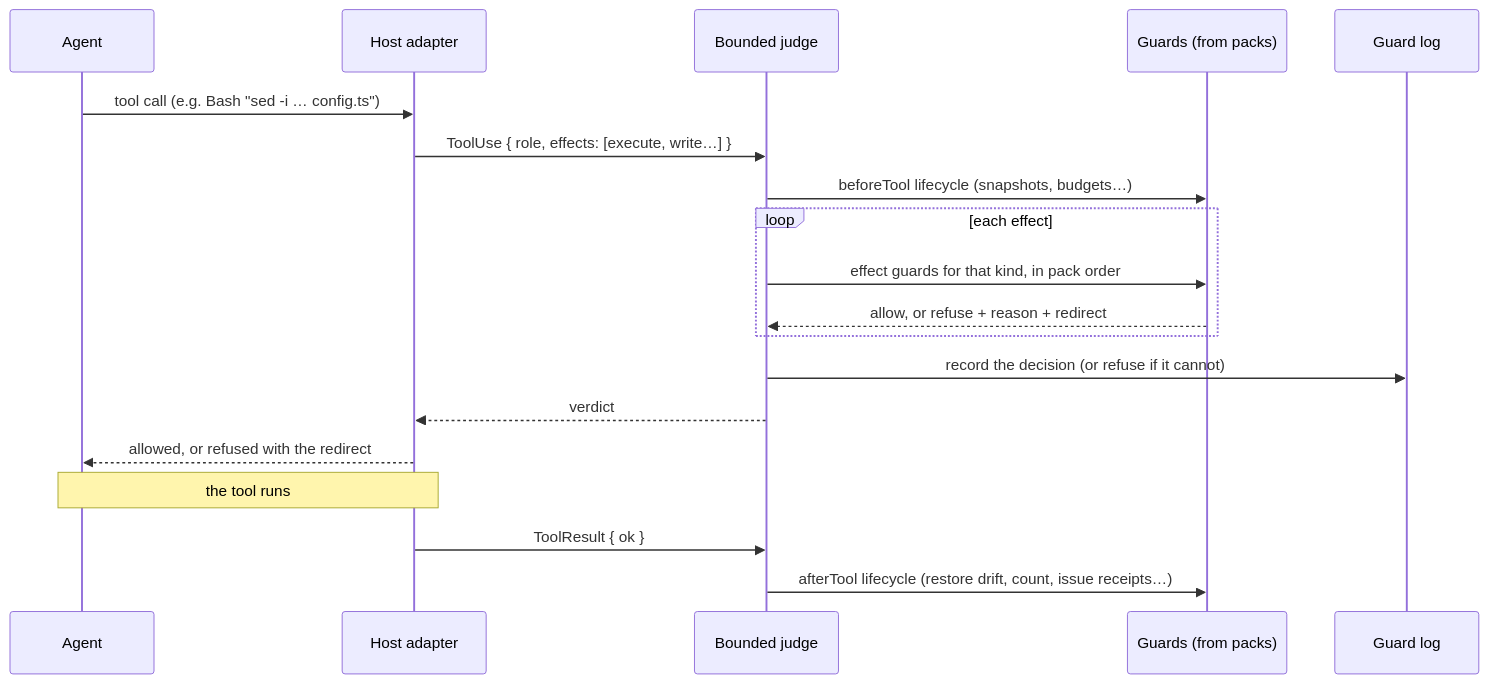
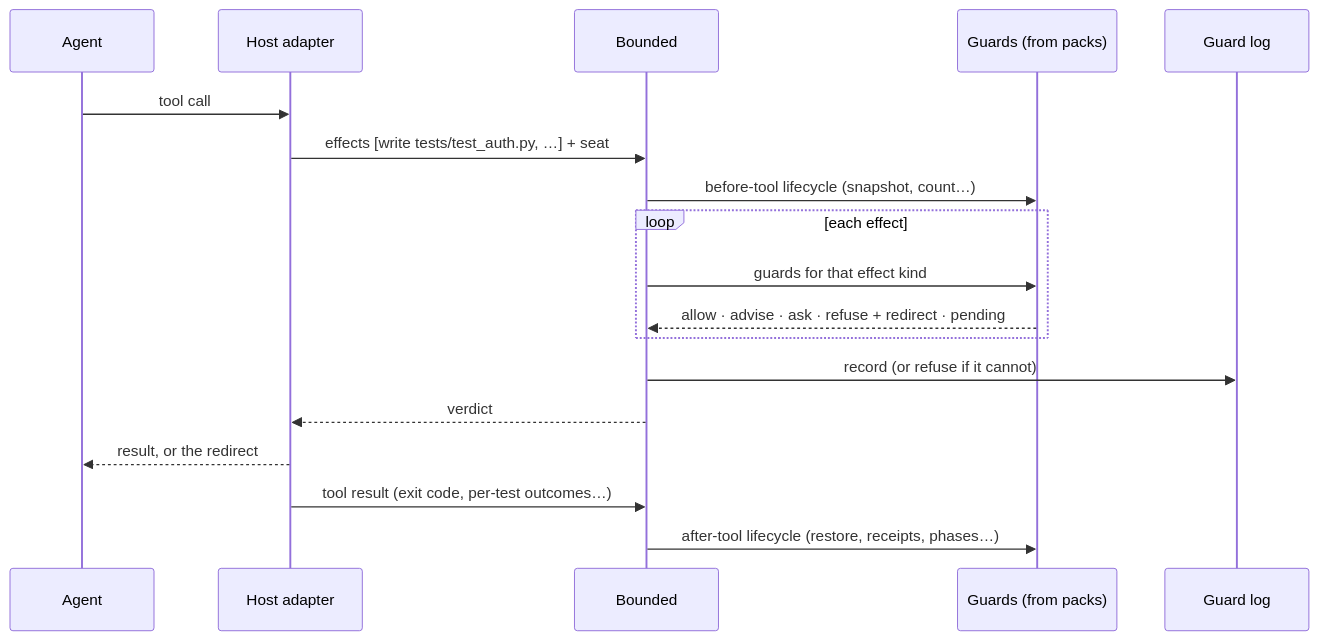
Before and after one commit to bounded-dev/bounded: the diagram in docs/vision.md, drawn with Mermaid. The commit also changed other lines of this file, not shown here.

````diff
--- a/docs/vision.md
+++ b/docs/vision.md
@@ -157,21 +179,20 @@
 ```mermaid
 sequenceDiagram
     participant A as Agent
     participant H as Host adapter
-    participant J as Bounded judge
+    participant J as Bounded
     participant G as Guards (from packs)
     participant L as Guard log
-    A->>H: tool call (e.g. Bash "sed -i … config.ts")
-    H->>J: ToolUse { role, effects: [execute, write…] }
-    J->>G: beforeTool lifecycle (snapshots, budgets…)
+    A->>H: tool call
+    H->>J: effects [write tests/test_auth.py, …] + seat
+    J->>G: before-tool lifecycle (snapshot, count…)
     loop each effect
-        J->>G: effect guards for that kind, in pack order
-        G-->>J: allow, or refuse + reason + redirect
+        J->>G: guards for that effect kind
+        G-->>J: allow · advise · ask · refuse + redirect · pending
     end
-    J->>L: record the decision (or refuse if it cannot)
+    J->>L: record (or refuse if it cannot)
     J-->>H: verdict
-    H-->>A: allowed, or refused with the redirect
-    Note over A,H: the tool runs
-    H->>J: ToolResult { ok }
-    J->>G: afterTool lifecycle (restore drift, count, issue receipts…)
+    H-->>A: result, or the redirect
+    H->>J: tool result (exit code, per-test outcomes…)
+    J->>G: after-tool lifecycle (restore, receipts, phases…)
 ```
````
